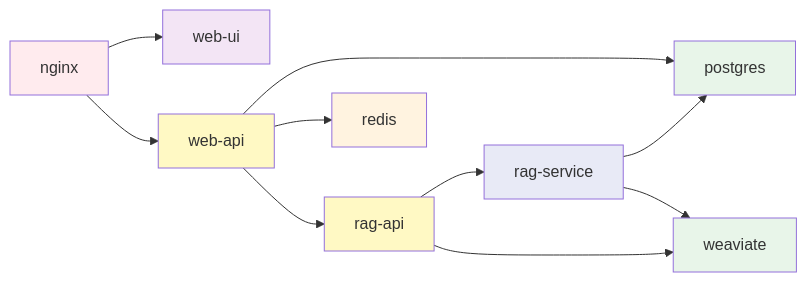
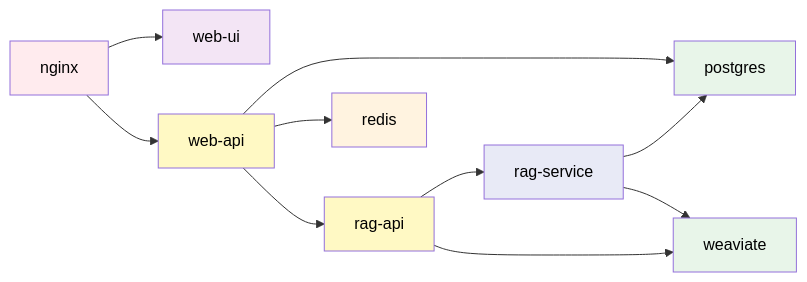
One commit to devlinux-tips/rag changed the fourth of 4 diagrams in docs/RAG_SYSTEM_FLOW.md. Above: the diagram before and after it, drawn with Mermaid. The commit also changed other lines of this file, not shown here.

Commit message:
Fixes for rag system flow md.

````diff
--- a/docs/RAG_SYSTEM_FLOW.md
+++ b/docs/RAG_SYSTEM_FLOW.md
@@ -640,21 +730,21 @@
 ```mermaid
 graph LR
     A[nginx] --> B[web-ui]
     A --> C[web-api]
     C --> D[rag-api]
     D --> E[rag-service]
     C --> F[redis]
     C --> G[postgres]
     E --> G
     E --> H[weaviate]
     D --> H
 
-    style A fill:#ffebee
-    style B fill:#f3e5f5
-    style C fill:#fff9c4
-    style D fill:#fff9c4
-    style E fill:#e8eaf6
-    style F fill:#fff3e0
-    style G fill:#e8f5e9
-    style H fill:#e8f5e9
+    style A fill:#ffebee,color:#000
+    style B fill:#f3e5f5,color:#000
+    style C fill:#fff9c4,color:#000
+    style D fill:#fff9c4,color:#000
+    style E fill:#e8eaf6,color:#000
+    style F fill:#fff3e0,color:#000
+    style G fill:#e8f5e9,color:#000
+    style H fill:#e8f5e9,color:#000
 ```
````
